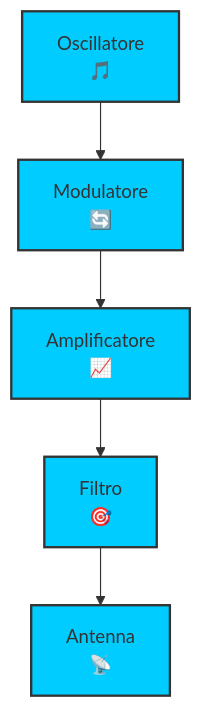
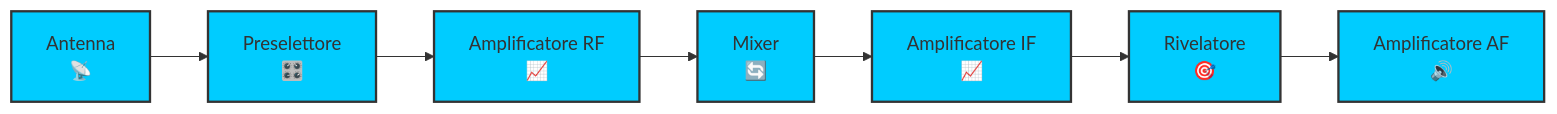
The first of 3 diagrams in 05_Trasmettitori/5.1_Tipi_di_trasmettitori.md (EliaTolin/esame-radioamatori), drawn with Mermaid before and after one commit. The commit also changed other lines of this file and 2 other files, not shown here.

Commit message:
aggiornamento diagrammi a blocchi in orizzontale

````diff
--- a/05_Trasmettitori/5.1_Tipi_di_trasmettitori.md
+++ b/05_Trasmettitori/5.1_Tipi_di_trasmettitori.md
@@ -15,9 +15,11 @@
 ```mermaid
-graph TD;
-    Oscillatore["Oscillatore<br>🎵"] --> Modulatore["Modulatore<br>🔄"];
-    Modulatore --> Amplificatore["Amplificatore<br>📈"];
-    Amplificatore --> Filtro["Filtro<br>🎯"];
-    Filtro --> Antenna["Antenna<br>📡"];
-    classDef trasmettitore fill:#0cf,stroke:#333,stroke-width:2px;
-    class Oscillatore,Modulatore,Amplificatore,Filtro,Antenna trasmettitore;
+graph LR;
+    Antenna["Antenna<br>📡"] --> Preselettore["Preselettore<br>🎛️"];
+    Preselettore --> AmplificatoreRF["Amplificatore RF<br>📈"];
+    AmplificatoreRF --> Mixer["Mixer<br>🔄"];
+    Mixer --> AmplificatoreIF["Amplificatore IF<br>📈"];
+    AmplificatoreIF --> Rivelatore["Rivelatore<br>🎯"];
+    Rivelatore --> AmplificatoreAF["Amplificatore AF<br>🔊"];
+    classDef ricevitore fill:#0cf,stroke:#333,stroke-width:2px;
+    class Antenna,Preselettore,AmplificatoreRF,Mixer,AmplificatoreIF,Rivelatore,AmplificatoreAF ricevitore;
 ```
````
